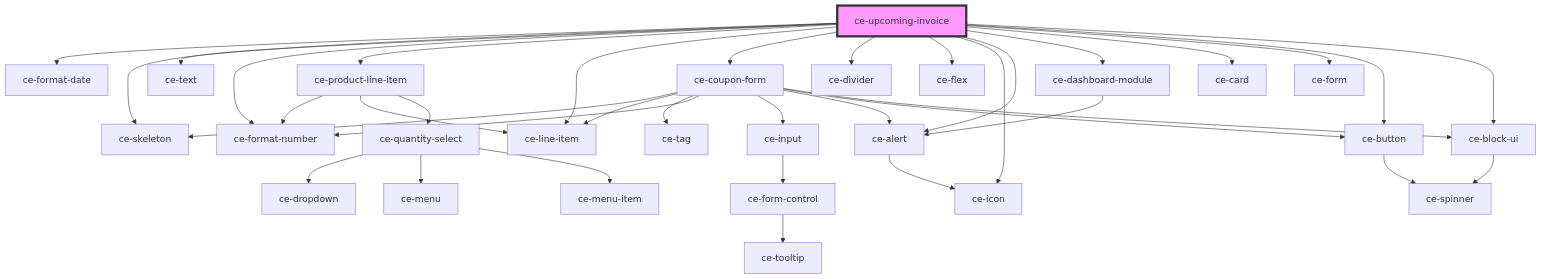
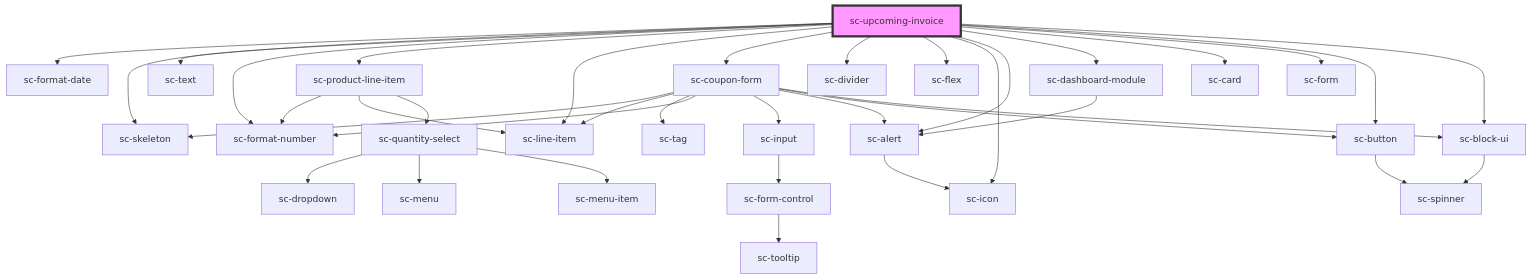
The diagram in packages/components/src/components/controllers/dashboard/upcoming-invoice/readme.md (surecart/surecart-wp-plugin), drawn with Mermaid before and after one commit. The commit also changed other lines of this file and 1281 other files, not shown here.

````diff
--- a/packages/components/src/components/controllers/dashboard/upcoming-invoice/readme.md
+++ b/packages/components/src/components/controllers/dashboard/upcoming-invoice/readme.md
@@ -43,40 +43,40 @@
 ```mermaid
 graph TD;
-  ce-upcoming-invoice --> ce-format-date
-  ce-upcoming-invoice --> ce-skeleton
-  ce-upcoming-invoice --> ce-text
-  ce-upcoming-invoice --> ce-format-number
-  ce-upcoming-invoice --> ce-product-line-item
-  ce-upcoming-invoice --> ce-line-item
-  ce-upcoming-invoice --> ce-coupon-form
-  ce-upcoming-invoice --> ce-divider
-  ce-upcoming-invoice --> ce-flex
-  ce-upcoming-invoice --> ce-icon
-  ce-upcoming-invoice --> ce-alert
-  ce-upcoming-invoice --> ce-dashboard-module
-  ce-upcoming-invoice --> ce-card
-  ce-upcoming-invoice --> ce-form
-  ce-upcoming-invoice --> ce-button
-  ce-upcoming-invoice --> ce-block-ui
-  ce-product-line-item --> ce-format-number
-  ce-product-line-item --> ce-line-item
-  ce-product-line-item --> ce-quantity-select
-  ce-quantity-select --> ce-dropdown
-  ce-quantity-select --> ce-menu
-  ce-quantity-select --> ce-menu-item
-  ce-coupon-form --> ce-skeleton
-  ce-coupon-form --> ce-line-item
-  ce-coupon-form --> ce-tag
-  ce-coupon-form --> ce-format-number
-  ce-coupon-form --> ce-input
-  ce-coupon-form --> ce-alert
-  ce-coupon-form --> ce-button
-  ce-coupon-form --> ce-block-ui
-  ce-input --> ce-form-control
-  ce-form-control --> ce-tooltip
-  ce-alert --> ce-icon
-  ce-button --> ce-spinner
-  ce-block-ui --> ce-spinner
-  ce-dashboard-module --> ce-alert
-  style ce-upcoming-invoice fill:#f9f,stroke:#333,stroke-width:4px
+  sc-upcoming-invoice --> sc-format-date
+  sc-upcoming-invoice --> sc-skeleton
+  sc-upcoming-invoice --> sc-text
+  sc-upcoming-invoice --> sc-format-number
+  sc-upcoming-invoice --> sc-product-line-item
+  sc-upcoming-invoice --> sc-line-item
+  sc-upcoming-invoice --> sc-coupon-form
+  sc-upcoming-invoice --> sc-divider
+  sc-upcoming-invoice --> sc-flex
+  sc-upcoming-invoice --> sc-icon
+  sc-upcoming-invoice --> sc-alert
+  sc-upcoming-invoice --> sc-dashboard-module
+  sc-upcoming-invoice --> sc-card
+  sc-upcoming-invoice --> sc-form
+  sc-upcoming-invoice --> sc-button
+  sc-upcoming-invoice --> sc-block-ui
+  sc-product-line-item --> sc-format-number
+  sc-product-line-item --> sc-line-item
+  sc-product-line-item --> sc-quantity-select
+  sc-quantity-select --> sc-dropdown
+  sc-quantity-select --> sc-menu
+  sc-quantity-select --> sc-menu-item
+  sc-coupon-form --> sc-skeleton
+  sc-coupon-form --> sc-line-item
+  sc-coupon-form --> sc-tag
+  sc-coupon-form --> sc-format-number
+  sc-coupon-form --> sc-input
+  sc-coupon-form --> sc-alert
+  sc-coupon-form --> sc-button
+  sc-coupon-form --> sc-block-ui
+  sc-input --> sc-form-control
+  sc-form-control --> sc-tooltip
+  sc-alert --> sc-icon
+  sc-button --> sc-spinner
+  sc-block-ui --> sc-spinner
+  sc-dashboard-module --> sc-alert
+  style sc-upcoming-invoice fill:#f9f,stroke:#333,stroke-width:4px
 ```
````
